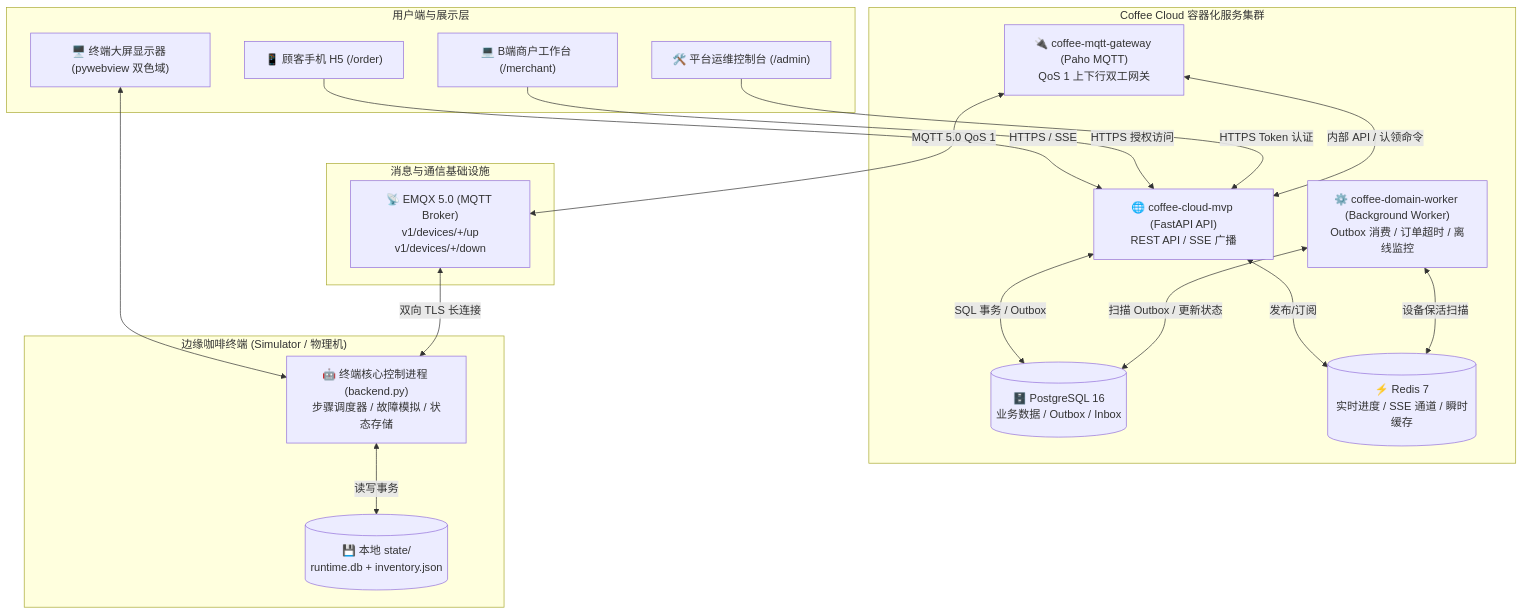
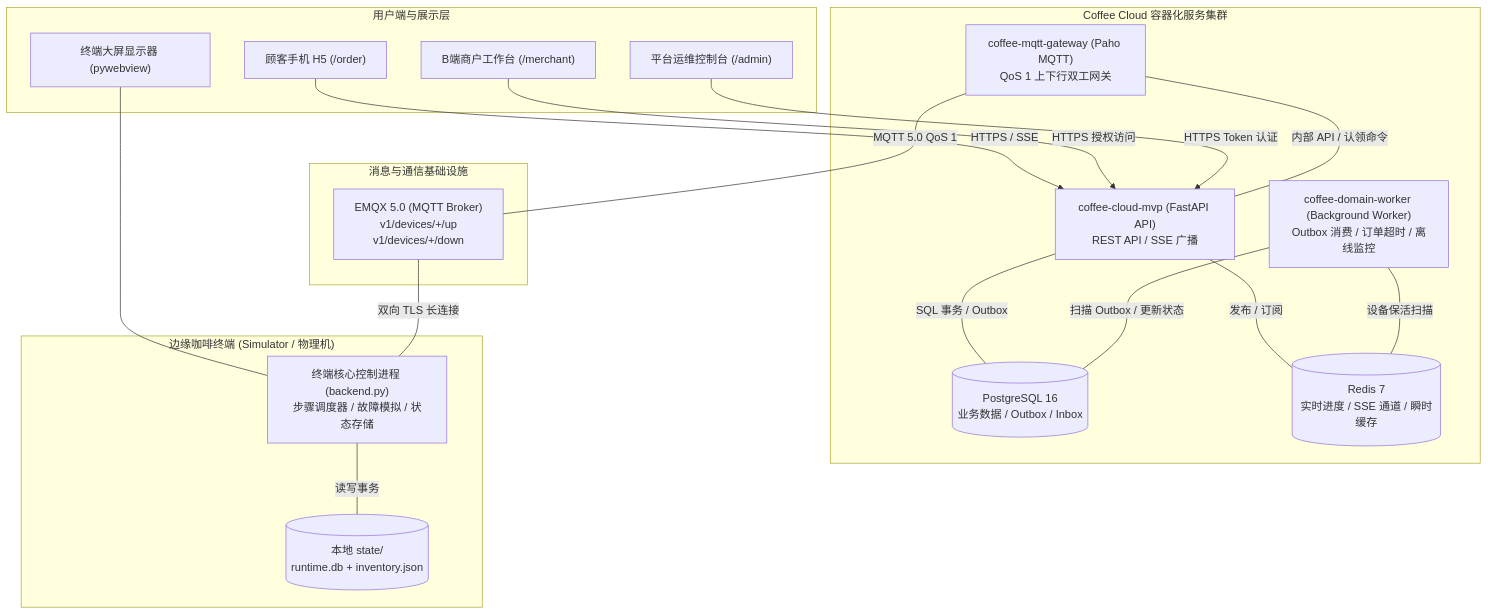
The first of 3 diagrams in README.zh-CN.md (woodbridgehi/coffee-cloud-mvp), drawn with Mermaid before and after one commit. The commit also changed other lines of this file and 1 other file, not shown here.

Commit message:
fix(docs): format Mermaid diagrams for strict GitHub renderer compatibility

````diff
--- a/README.zh-CN.md
+++ b/README.zh-CN.md
@@ -38,42 +38,42 @@
 ```mermaid
 flowchart TB
-    subgraph ClientLayer ["用户端与展示层"]
-        Customer["📱 顾客手机 H5 (/order)"]
-        Screen["🖥️ 终端大屏显示器 (pywebview 双色域)"]
-        Merchant["💻 B端商户工作台 (/merchant)"]
-        Admin["🛠️ 平台运维控制台 (/admin)"]
+    subgraph ClientLayer["用户端与展示层"]
+        Customer["顾客手机 H5 (/order)"]
+        Screen["终端大屏显示器 (pywebview)"]
+        Merchant["B端商户工作台 (/merchant)"]
+        Admin["平台运维控制台 (/admin)"]
     end
 
-    subgraph CloudLayer ["Coffee Cloud 容器化服务集群"]
-        API["🌐 coffee-cloud-mvp (FastAPI API)\nREST API / SSE 广播"]
-        Gateway["🔌 coffee-mqtt-gateway (Paho MQTT)\nQoS 1 上下行双工网关"]
-        Worker["⚙️ coffee-domain-worker (Background Worker)\nOutbox 消费 / 订单超时 / 离线监控"]
+    subgraph CloudLayer["Coffee Cloud 容器化服务集群"]
+        API["coffee-cloud-mvp (FastAPI API)<br/>REST API / SSE 广播"]
+        Gateway["coffee-mqtt-gateway (Paho MQTT)<br/>QoS 1 上下行双工网关"]
+        Worker["coffee-domain-worker (Background Worker)<br/>Outbox 消费 / 订单超时 / 离线监控"]
         
-        DB[(🗄️ PostgreSQL 16\n业务数据 / Outbox / Inbox)]
-        Redis[(⚡ Redis 7\n实时进度 / SSE 通道 / 瞬时缓存)]
+        DB[("PostgreSQL 16<br/>业务数据 / Outbox / Inbox")]
+        Redis[("Redis 7<br/>实时进度 / SSE 通道 / 瞬时缓存")]
     end
 
-    subgraph BrokerLayer ["消息与通信基础设施"]
-        EMQX["📡 EMQX 5.0 (MQTT Broker)\nv1/devices/+/up\nv1/devices/+/down"]
+    subgraph BrokerLayer["消息与通信基础设施"]
+        EMQX["EMQX 5.0 (MQTT Broker)<br/>v1/devices/+/up<br/>v1/devices/+/down"]
     end
 
-    subgraph EdgeLayer ["边缘咖啡终端 (Simulator / 物理机)"]
-        EdgeAgent["🤖 终端核心控制进程 (backend.py)\n步骤调度器 / 故障模拟 / 状态存储"]
-        EdgeDB[(💾 本地 state/\nruntime.db + inventory.json)]
+    subgraph EdgeLayer["边缘咖啡终端 (Simulator / 物理机)"]
+        EdgeAgent["终端核心控制进程 (backend.py)<br/>步骤调度器 / 故障模拟 / 状态存储"]
+        EdgeDB[("本地 state/<br/>runtime.db + inventory.json")]
     end
 
-    Customer -->|HTTPS / SSE| API
-    Merchant -->|HTTPS 授权访问| API
-    Admin -->|HTTPS Token 认证| API
-    Screen <--> EdgeAgent
+    Customer -->|"HTTPS / SSE"| API
+    Merchant -->|"HTTPS 授权访问"| API
+    Admin -->|"HTTPS Token 认证"| API
+    Screen --- EdgeAgent
 
-    API <-->|SQL 事务 / Outbox| DB
-    API <-->|发布/订阅| Redis
-    Worker <-->|扫描 Outbox / 更新状态| DB
-    Worker <-->|设备保活扫描| Redis
+    API ---|"SQL 事务 / Outbox"| DB
+    API ---|"发布 / 订阅"| Redis
+    Worker ---|"扫描 Outbox / 更新状态"| DB
+    Worker ---|"设备保活扫描"| Redis
 
-    Gateway <-->|内部 API / 认领命令| API
-    Gateway <-->|MQTT 5.0 QoS 1| EMQX
-    EMQX <-->|双向 TLS 长连接| EdgeAgent
-    EdgeAgent <-->|读写事务| EdgeDB
+    Gateway ---|"内部 API / 认领命令"| API
+    Gateway ---|"MQTT 5.0 QoS 1"| EMQX
+    EMQX ---|"双向 TLS 长连接"| EdgeAgent
+    EdgeAgent ---|"读写事务"| EdgeDB
 ```
````
